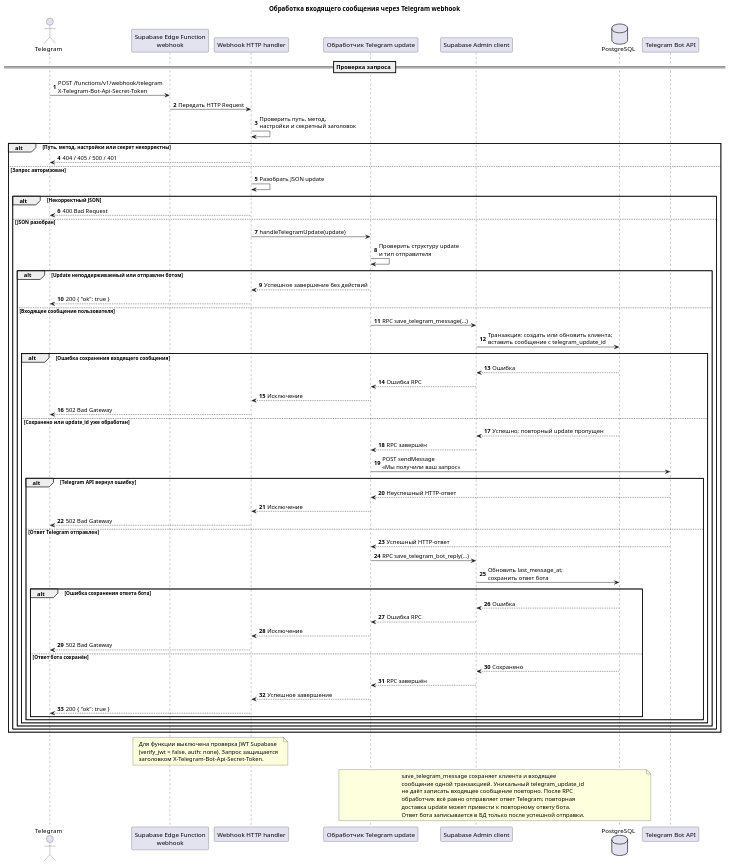
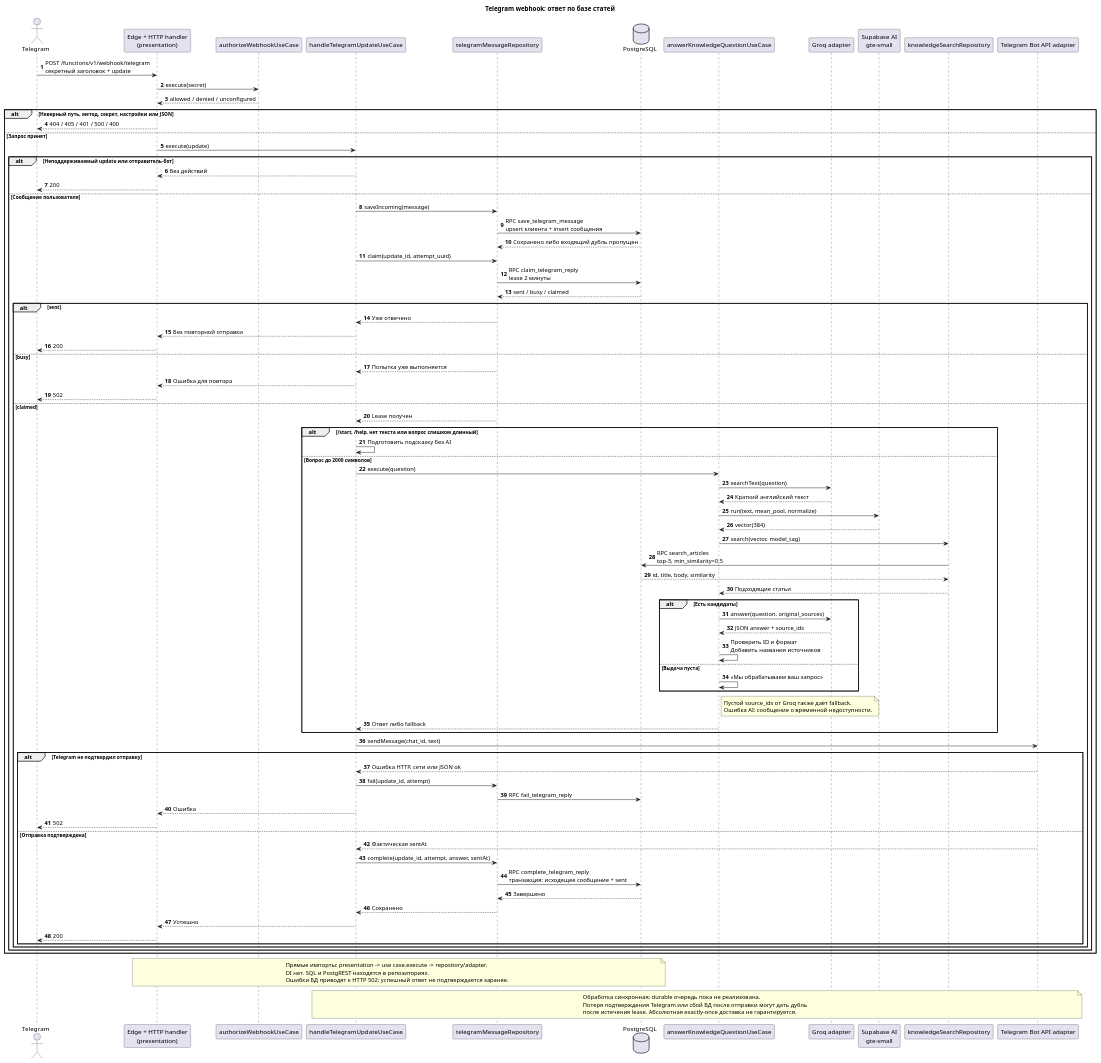
The diagram in 02-lesson/docs/telegram-webhook/telegram-webhook-sequence.puml (Dima163163/tg-bot), drawn with PlantUML before and after one commit. The commit also changed 69 other files, not shown here.

```diff
--- a/02-lesson/docs/telegram-webhook/telegram-webhook-sequence.puml
+++ b/02-lesson/docs/telegram-webhook/telegram-webhook-sequence.puml
@@ -1,86 +1,98 @@
 @startuml
-title Обработка входящего сообщения через Telegram webhook
+title Telegram webhook: ответ по базе статей
 autonumber
+actor Telegram
+participant "Edge + HTTP handler\n(presentation)" as HTTP
+participant "authorizeWebhookUseCase" as Auth
+participant "handleTelegramUpdateUseCase" as Update
+participant "telegramMessageRepository" as Repo
+database PostgreSQL as DB
+participant "answerKnowledgeQuestionUseCase" as RAG
+participant "Groq adapter" as Groq
+participant "Supabase AI\ngte-small" as AI
+participant "knowledgeSearchRepository" as Search
+participant "Telegram Bot API adapter" as Bot
 
-actor "Telegram" as Telegram
-participant "Supabase Edge Function\nwebhook" as Edge
-participant "Webhook HTTP handler" as Handler
-participant "Обработчик Telegram update" as Update
-participant "Supabase Admin client" as Supabase
-database "PostgreSQL" as DB
-participant "Telegram Bot API" as BotAPI
-
-== Проверка запроса ==
-Telegram -> Edge: POST /functions/v1/webhook/telegram\nX-Telegram-Bot-Api-Secret-Token
-Edge -> Handler: Передать HTTP Request
-Handler -> Handler: Проверить путь, метод,\nнастройки и секретный заголовок
-
-alt Путь, метод, настройки или секрет некорректны
-    Handler --> Telegram: 404 / 405 / 500 / 401
-else Запрос авторизован
-    Handler -> Handler: Разобрать JSON update
-
-    alt Некорректный JSON
-        Handler --> Telegram: 400 Bad Request
-    else JSON разобран
-        Handler -> Update: handleTelegramUpdate(update)
-        Update -> Update: Проверить структуру update\nи тип отправителя
-
-        alt Update неподдерживаемый или отправлен ботом
-            Update --> Handler: Успешное завершение без действий
-            Handler --> Telegram: 200 { "ok": true }
-        else Входящее сообщение пользователя
-            Update -> Supabase: RPC save_telegram_message(...)
-            Supabase -> DB: Транзакция: создать или обновить клиента;\nвставить сообщение с telegram_update_id
-
-            alt Ошибка сохранения входящего сообщения
-                DB --> Supabase: Ошибка
-                Supabase --> Update: Ошибка RPC
-                Update --> Handler: Исключение
-                Handler --> Telegram: 502 Bad Gateway
-            else Сохранено или update_id уже обработан
-                DB --> Supabase: Успешно; повторный update пропущен
-                Supabase --> Update: RPC завершён
-                Update -> BotAPI: POST sendMessage\n«Мы получили ваш запрос»
-
-                alt Telegram API вернул ошибку
-                    BotAPI --> Update: Неуспешный HTTP-ответ
-                    Update --> Handler: Исключение
-                    Handler --> Telegram: 502 Bad Gateway
-                else Ответ Telegram отправлен
-                    BotAPI --> Update: Успешный HTTP-ответ
-                    Update -> Supabase: RPC save_telegram_bot_reply(...)
-                    Supabase -> DB: Обновить last_message_at;\nсохранить ответ бота
-
-                    alt Ошибка сохранения ответа бота
-                        DB --> Supabase: Ошибка
-                        Supabase --> Update: Ошибка RPC
-                        Update --> Handler: Исключение
-                        Handler --> Telegram: 502 Bad Gateway
-                    else Ответ бота сохранён
-                        DB --> Supabase: Сохранено
-                        Supabase --> Update: RPC завершён
-                        Update --> Handler: Успешное завершение
-                        Handler --> Telegram: 200 { "ok": true }
-                    end
-                end
-            end
+Telegram -> HTTP: POST /functions/v1/webhook/telegram\nсекретный заголовок + update
+HTTP -> Auth: execute(secret)
+Auth --> HTTP: allowed / denied / unconfigured
+alt Неверный путь, метод, секрет, настройки или JSON
+  HTTP --> Telegram: 404 / 405 / 401 / 500 / 400
+else Запрос принят
+  HTTP -> Update: execute(update)
+  alt Неподдерживаемый update или отправитель-бот
+    Update --> HTTP: Без действий
+    HTTP --> Telegram: 200
+  else Сообщение пользователя
+    Update -> Repo: saveIncoming(message)
+    Repo -> DB: RPC save_telegram_message\nupsert клиента + insert сообщения
+    DB --> Repo: Сохранено либо входящий дубль пропущен
+    Update -> Repo: claim(update_id, attempt_uuid)
+    Repo -> DB: RPC claim_telegram_reply\nlease 2 минуты
+    DB --> Repo: sent / busy / claimed
+    alt sent
+      Repo --> Update: Уже отвечено
+      Update --> HTTP: Без повторной отправки
+      HTTP --> Telegram: 200
+    else busy
+      Repo --> Update: Попытка уже выполняется
+      Update --> HTTP: Ошибка для повтора
+      HTTP --> Telegram: 502
+    else claimed
+      Repo --> Update: Lease получен
+      alt /start, /help, нет текста или вопрос слишком длинный
+        Update -> Update: Подготовить подсказку без AI
+      else Вопрос до 2000 символов
+        Update -> RAG: execute(question)
+        RAG -> Groq: searchText(question)
+        Groq --> RAG: Краткий английский текст
+        RAG -> AI: run(text, mean_pool, normalize)
+        AI --> RAG: vector(384)
+        RAG -> Search: search(vector, model_tag)
+        Search -> DB: RPC search_articles\ntop-3, min_similarity=0.5
+        DB --> Search: id, title, body, similarity
+        Search --> RAG: Подходящие статьи
+        alt Есть кандидаты
+          RAG -> Groq: answer(question, original_sources)
+          Groq --> RAG: JSON answer + source_ids
+          RAG -> RAG: Проверить ID и формат\nДобавить названия источников
+        else Выдача пуста
+          RAG -> RAG: «Мы обрабатываем ваш запрос»
         end
+        note right of RAG
+          Пустой source_ids от Groq также даёт fallback.
+          Ошибка AI: сообщение о временной недоступности.
+        end note
+        RAG --> Update: Ответ либо fallback
+      end
+      Update -> Bot: sendMessage(chat_id, text)
+      alt Telegram не подтвердил отправку
+        Bot --> Update: Ошибка HTTP, сети или JSON ok
+        Update -> Repo: fail(update_id, attempt)
+        Repo -> DB: RPC fail_telegram_reply
+        Update --> HTTP: Ошибка
+        HTTP --> Telegram: 502
+      else Отправка подтверждена
+        Bot --> Update: Фактическая sentAt
+        Update -> Repo: complete(update_id, attempt, answer, sentAt)
+        Repo -> DB: RPC complete_telegram_reply\nтранзакция: исходящее сообщение + sent
+        DB --> Repo: Завершено
+        Repo --> Update: Сохранено
+        Update --> HTTP: Успешно
+        HTTP --> Telegram: 200
+      end
     end
+  end
 end
 
-note over Edge, Handler
-  Для функции выключена проверка JWT Supabase
-  (verify_jwt = false, auth: none). Запрос защищается
-  заголовком X-Telegram-Bot-Api-Secret-Token.
+note over HTTP, DB
+  Прямые импорты: presentation -> use case.execute -> repository/adapter.
+  DI нет. SQL и PostgREST находятся в репозиториях.
+  Ошибки БД приводят к HTTP 502; успешный ответ не подтверждается заранее.
 end note
-
-note over Update, DB
-  save_telegram_message сохраняет клиента и входящее
-  сообщение одной транзакцией. Уникальный telegram_update_id
-  не даёт записать входящее сообщение повторно. После RPC
-  обработчик всё равно отправляет ответ Telegram; повторная
-  доставка update может привести к повторному ответу бота.
-  Ответ бота записывается в БД только после успешной отправки.
+note over Update, Bot
+  Обработка синхронная; durable очередь пока не реализована.
+  Потеря подтверждения Telegram или сбой БД после отправки могут дать дубль
+  после истечения lease. Абсолютная exactly-once доставка не гарантируется.
 end note
 @enduml
```
